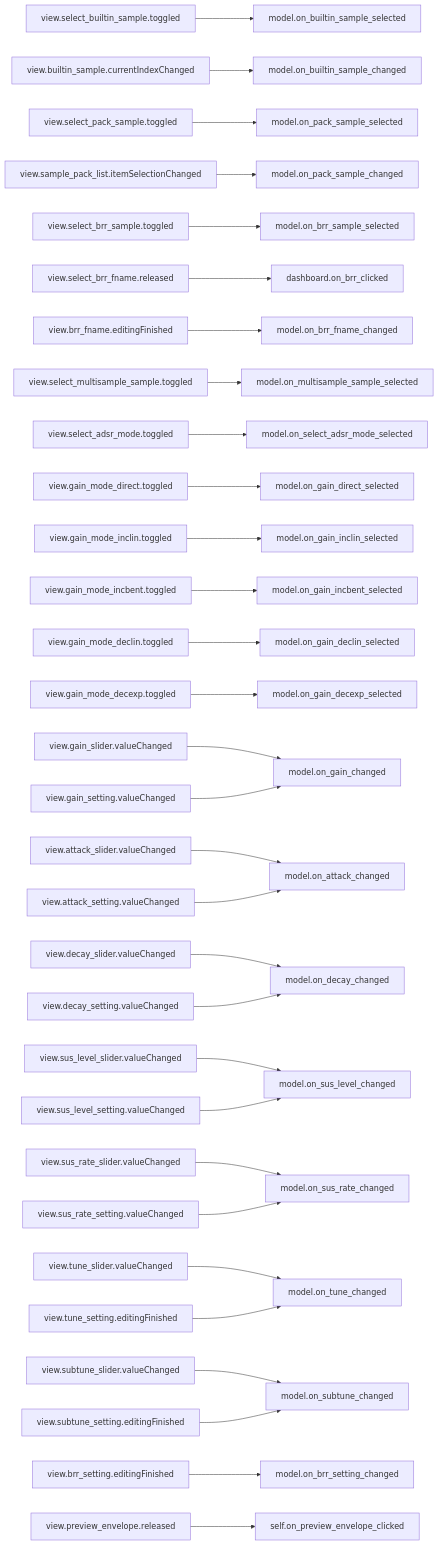
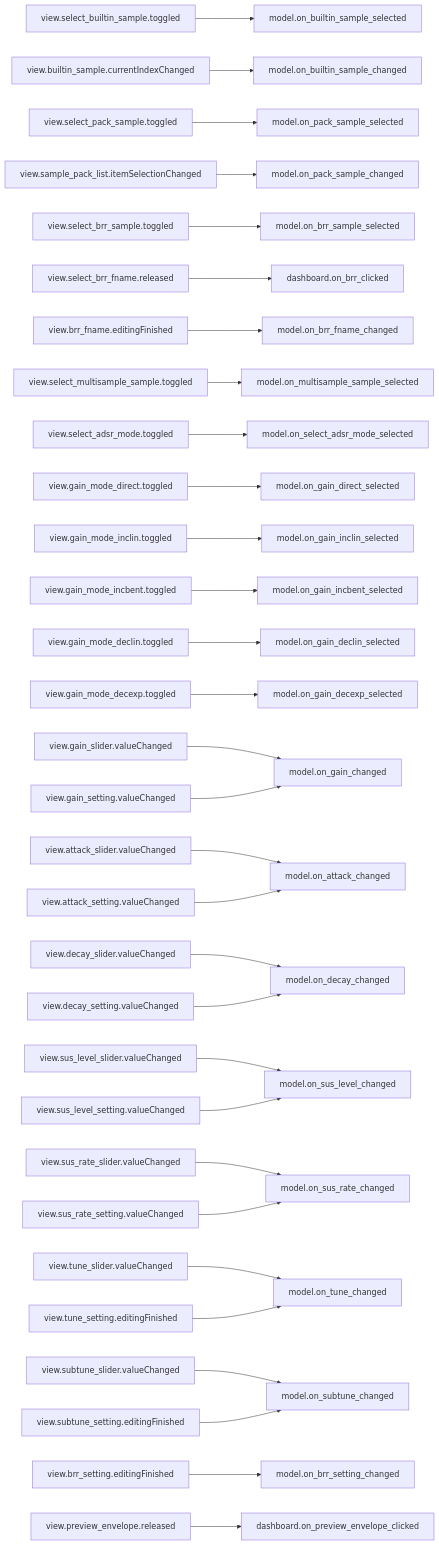
The seventh of 10 diagrams in doc/source/dashboard_signal_slot_map.rst (com-posers-pit/smw_music), drawn with Mermaid before and after one commit. The commit also changed other lines of this file and 6 other files, not shown here.

```diff
--- a/doc/source/dashboard_signal_slot_map.rst
+++ b/doc/source/dashboard_signal_slot_map.rst
@@ -154,33 +154,33 @@
 .. mermaid::
 
    flowchart LR
       view.select_builtin_sample.toggled --> model.on_builtin_sample_selected
       view.builtin_sample.currentIndexChanged --> model.on_builtin_sample_changed
       view.select_pack_sample.toggled --> model.on_pack_sample_selected
       view.sample_pack_list.itemSelectionChanged --> model.on_pack_sample_changed
       view.select_brr_sample.toggled --> model.on_brr_sample_selected
       view.select_brr_fname.released --> dashboard.on_brr_clicked
       view.brr_fname.editingFinished --> model.on_brr_fname_changed
       view.select_multisample_sample.toggled --> model.on_multisample_sample_selected
       view.select_adsr_mode.toggled --> model.on_select_adsr_mode_selected
       view.gain_mode_direct.toggled --> model.on_gain_direct_selected
       view.gain_mode_inclin.toggled --> model.on_gain_inclin_selected
       view.gain_mode_incbent.toggled --> model.on_gain_incbent_selected
       view.gain_mode_declin.toggled --> model.on_gain_declin_selected
       view.gain_mode_decexp.toggled --> model.on_gain_decexp_selected
       view.gain_slider.valueChanged --> model.on_gain_changed
       view.gain_setting.valueChanged --> model.on_gain_changed
       view.attack_slider.valueChanged --> model.on_attack_changed
       view.attack_setting.valueChanged --> model.on_attack_changed
       view.decay_slider.valueChanged --> model.on_decay_changed
       view.decay_setting.valueChanged --> model.on_decay_changed
       view.sus_level_slider.valueChanged --> model.on_sus_level_changed
       view.sus_level_setting.valueChanged --> model.on_sus_level_changed
       view.sus_rate_slider.valueChanged --> model.on_sus_rate_changed
       view.sus_rate_setting.valueChanged --> model.on_sus_rate_changed
       view.tune_slider.valueChanged --> model.on_tune_changed
       view.tune_setting.editingFinished --> model.on_tune_changed
       view.subtune_slider.valueChanged --> model.on_subtune_changed
       view.subtune_setting.editingFinished --> model.on_subtune_changed
       view.brr_setting.editingFinished --> model.on_brr_setting_changed
-      view.preview_envelope.released --> self.on_preview_envelope_clicked
+      view.preview_envelope.released --> dashboard.on_preview_envelope_clicked
```
